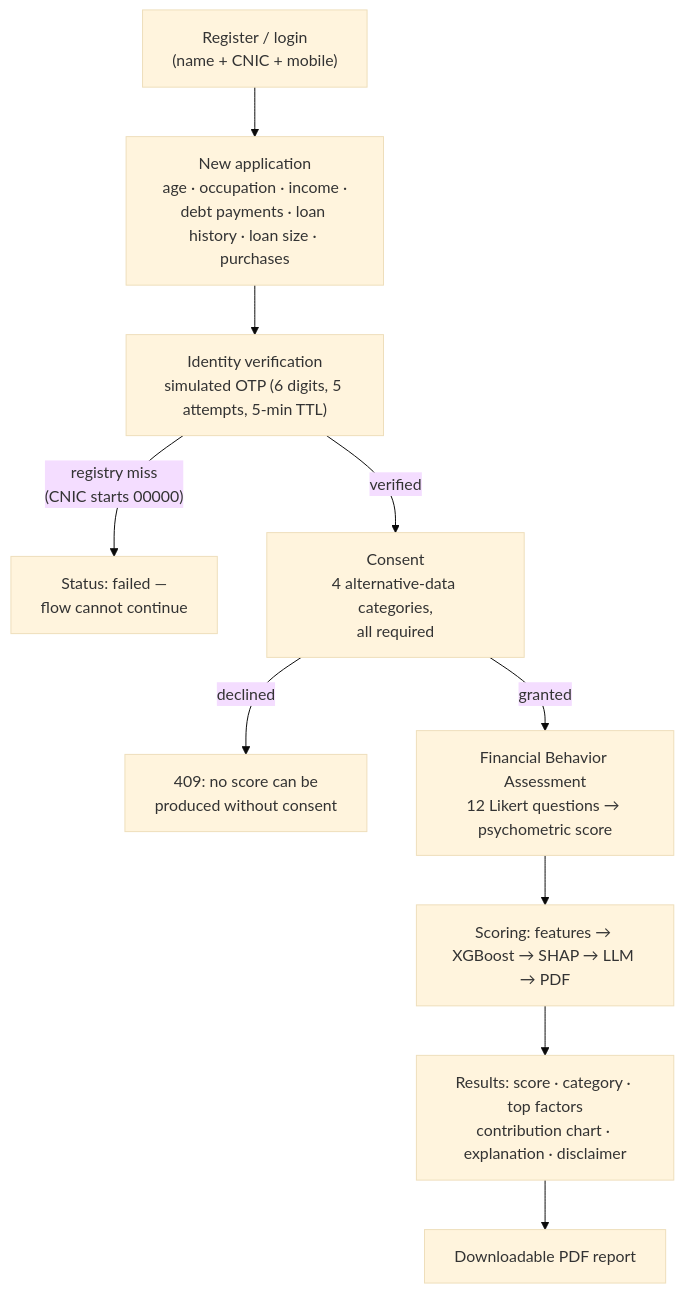
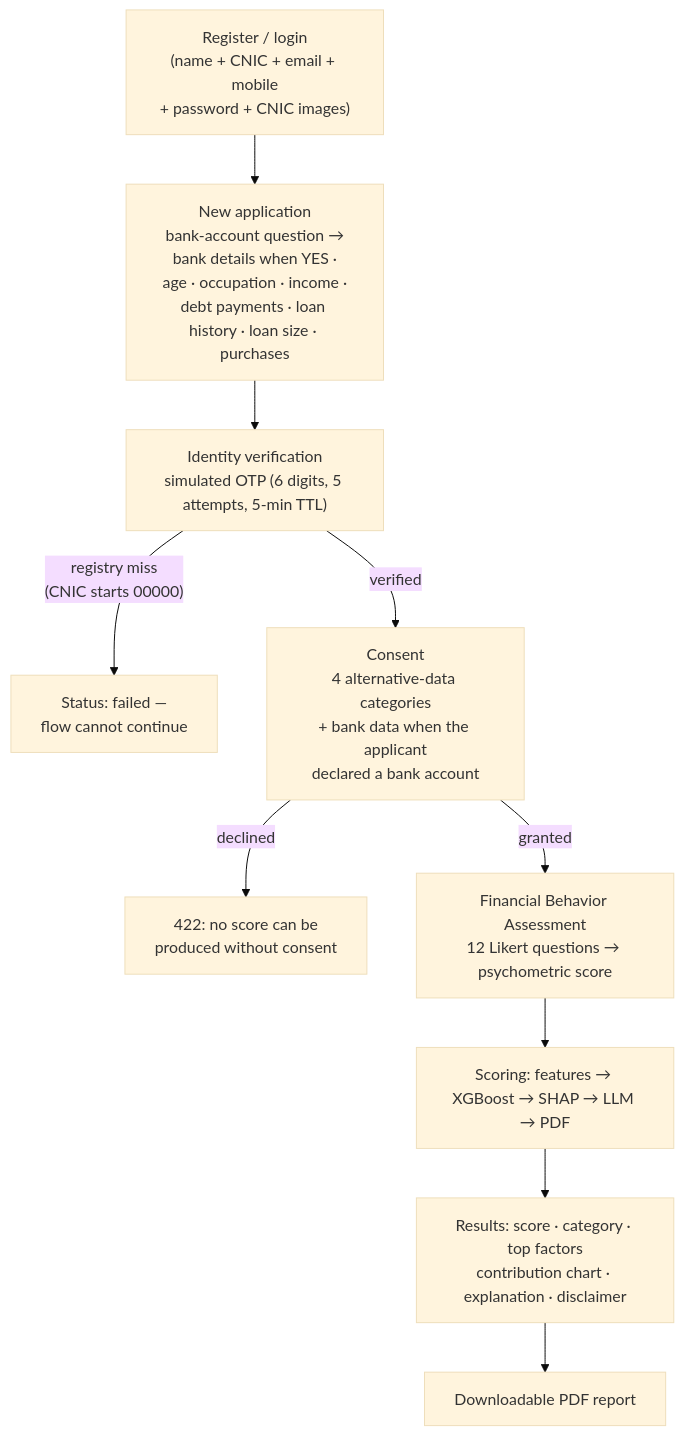
The second of 4 diagrams in README.md (humaix/credit-scoring-app), drawn with Mermaid (base theme) before and after one commit. The commit also changed other lines of this file and 16 other files, not shown here.

First line of the commit message:
Phase 2: bank account question and conditional flow

````diff
--- a/README.md
+++ b/README.md
@@ -165,12 +165,12 @@
 ```mermaid
 flowchart TD
-    A["Register / login<br/>(name + CNIC + mobile)"] --> B["New application<br/>age · occupation · income ·<br/>debt payments · loan history · loan size · purchases"]
+    A["Register / login<br/>(name + CNIC + email + mobile<br/>+ password + CNIC images)"] --> B["New application<br/>bank-account question →<br/>bank details when YES ·<br/>age · occupation · income ·<br/>debt payments · loan history · loan size · purchases"]
     B --> C["Identity verification<br/>simulated OTP (6 digits, 5 attempts, 5-min TTL)"]
     C -- "registry miss<br/>(CNIC starts 00000)" --> F1["Status: failed —<br/>flow cannot continue"]
-    C -- verified --> D["Consent<br/>4 alternative-data categories,<br/>all required"]
-    D -- declined --> F2["409: no score can be<br/>produced without consent"]
+    C -- verified --> D["Consent<br/>4 alternative-data categories<br/>+ bank data when the applicant<br/>declared a bank account"]
+    D -- declined --> F2["422: no score can be<br/>produced without consent"]
     D -- granted --> E["Financial Behavior Assessment<br/>12 Likert questions → psychometric score"]
     E --> S["Scoring: features → XGBoost → SHAP → LLM → PDF"]
     S --> R["Results: score · category · top factors<br/>contribution chart · explanation · disclaimer"]
     R --> P["Downloadable PDF report"]
 ```
````
